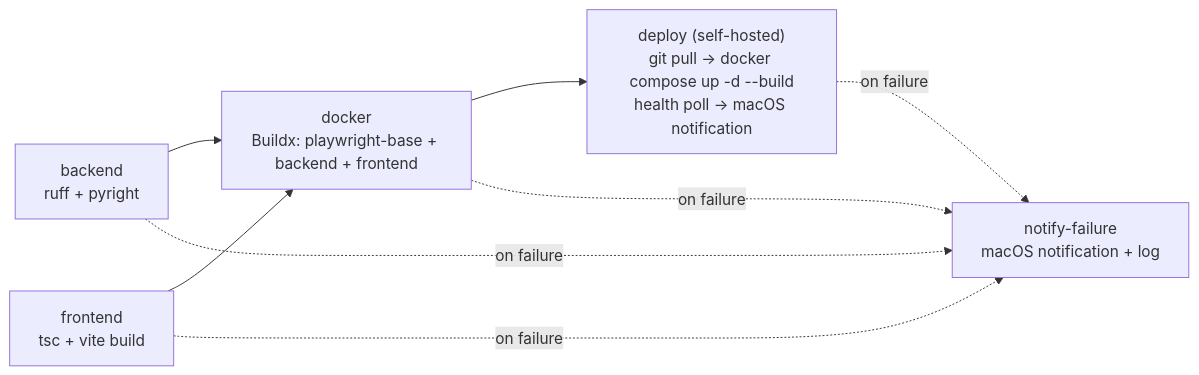
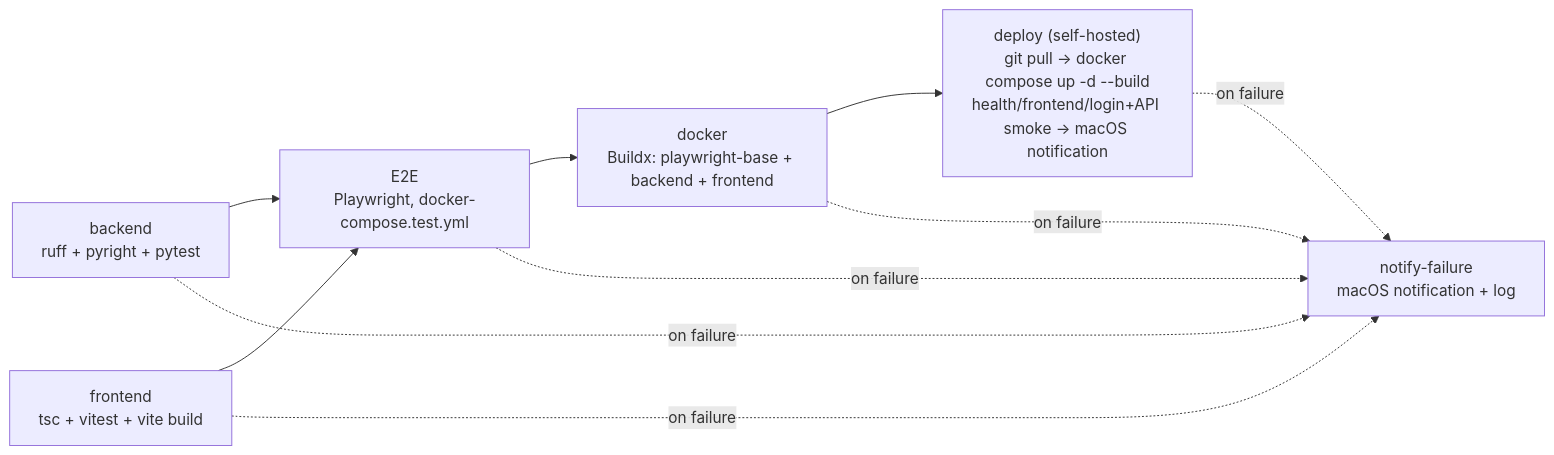
Before and after one commit to EGulinsky/rapport: the ninth of 9 diagrams in docs/ARCHITECTURE.md, drawn with Mermaid. The commit also changed other lines of this file and 4 other files, not shown here.

First line of the commit message:
docs: bring ARCHITECTURE/TEST_KONZEPT/README/CLAUDE.md/agent README up to date

````diff
--- a/docs/ARCHITECTURE.md
+++ b/docs/ARCHITECTURE.md
@@ -789,10 +810,12 @@
 ```mermaid
 flowchart LR
-    A[backend<br/>ruff + pyright] --> C[docker<br/>Buildx: playwright-base + backend + frontend]
-    B[frontend<br/>tsc + vite build] --> C
-    C --> D["deploy (self-hosted)<br/>git pull → docker compose up -d --build<br/>health poll → macOS notification"]
-    D -.->|on failure| E[notify-failure<br/>macOS notification + log]
-    A -.->|on failure| E
-    B -.->|on failure| E
-    C -.->|on failure| E
+    A[backend<br/>ruff + pyright + pytest] --> E[E2E<br/>Playwright, docker-compose.test.yml]
+    B[frontend<br/>tsc + vitest + vite build] --> E
+    E --> C[docker<br/>Buildx: playwright-base + backend + frontend]
+    C --> D["deploy (self-hosted)<br/>git pull → docker compose up -d --build<br/>health/frontend/login+API smoke → macOS notification"]
+    D -.->|on failure| F[notify-failure<br/>macOS notification + log]
+    A -.->|on failure| F
+    B -.->|on failure| F
+    E -.->|on failure| F
+    C -.->|on failure| F
 ```
````
